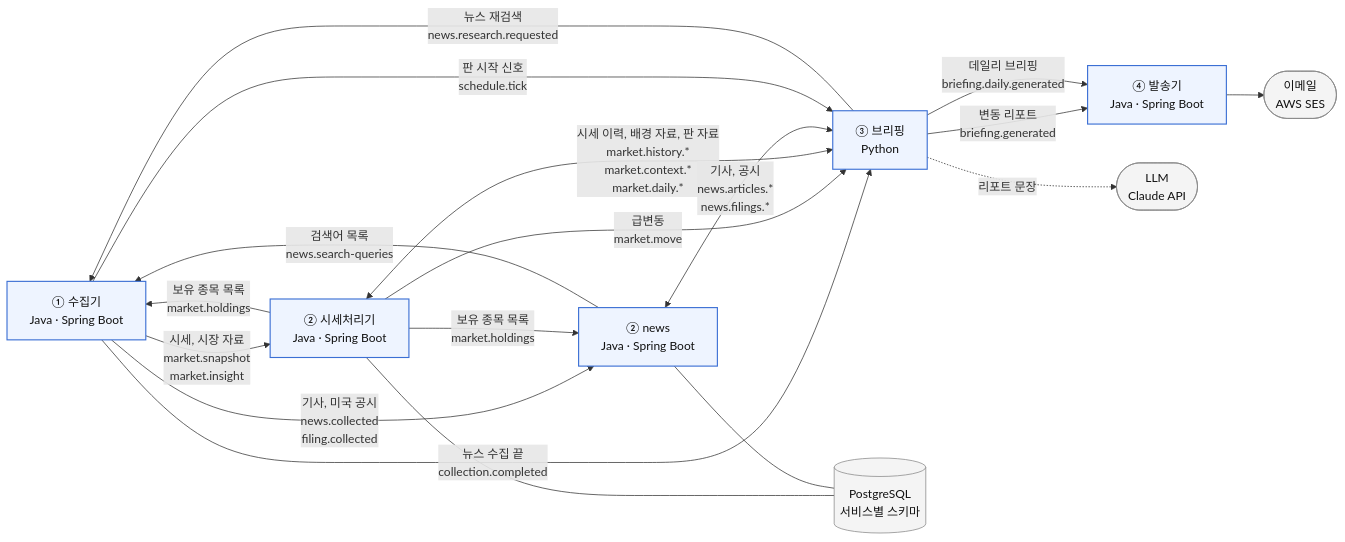
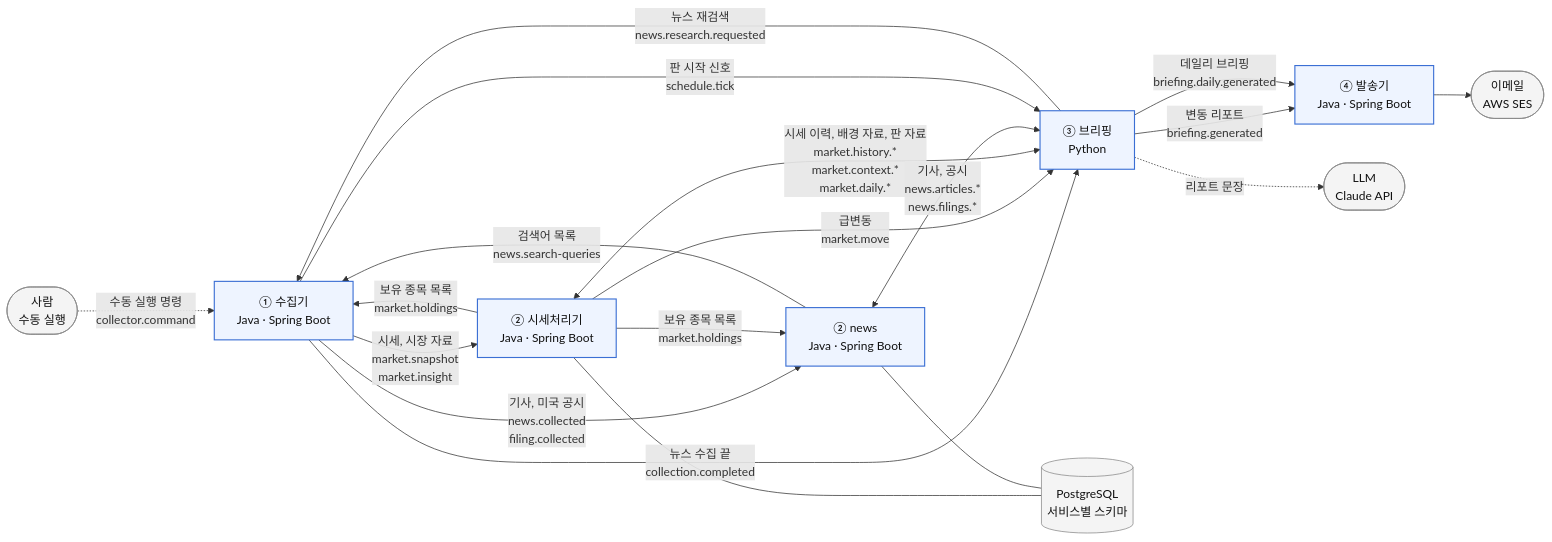
The diagram in README.md (yc0191/stock-reading), drawn with Mermaid before and after one commit. The commit also changed other lines of this file and 23 other files, not shown here.

````diff
--- a/README.md
+++ b/README.md
@@ -15,32 +15,34 @@
 ```mermaid
 flowchart LR
     classDef svc fill:#eef4ff,stroke:#3b6fd4,stroke-width:1.5px,color:#111
     classDef ext fill:#f4f4f4,stroke:#888,color:#111
 
     C["① 수집기<br/>Java · Spring Boot"]:::svc
     M["② 시세처리기<br/>Java · Spring Boot"]:::svc
     NW["② news<br/>Java · Spring Boot"]:::svc
     B["③ 브리핑<br/>Python"]:::svc
     N["④ 발송기<br/>Java · Spring Boot"]:::svc
     DB[("PostgreSQL<br/>서비스별 스키마")]:::ext
     LLM(["LLM<br/>Claude API"]):::ext
     MAIL(["이메일<br/>AWS SES"]):::ext
+    OP(["사람<br/>수동 실행"]):::ext
 
     C -->|"시세, 시장 자료<br/>market.snapshot<br/>market.insight"| M
     C -->|"기사, 미국 공시<br/>news.collected<br/>filing.collected"| NW
     C -->|"뉴스 수집 끝<br/>collection.completed"| B
     M -->|"급변동<br/>market.move"| B
     M <-->|"시세 이력, 배경 자료, 판 자료<br/>market.history.*<br/>market.context.*<br/>market.daily.*"| B
     NW <-->|"기사, 공시<br/>news.articles.*<br/>news.filings.*"| B
     M -->|"보유 종목 목록<br/>market.holdings"| C
     M -->|"보유 종목 목록<br/>market.holdings"| NW
     NW -->|"검색어 목록<br/>news.search-queries"| C
     M --- DB
     NW --- DB
     B -->|"뉴스 재검색<br/>news.research.requested"| C
     B -.->|"리포트 문장"| LLM
     B -->|"변동 리포트<br/>briefing.generated"| N
     C -->|"판 시작 신호<br/>schedule.tick"| B
     B -->|"데일리 브리핑<br/>briefing.daily.generated"| N
     N --> MAIL
+    OP -.->|"수동 실행 명령<br/>collector.command"| C
 ```
````
